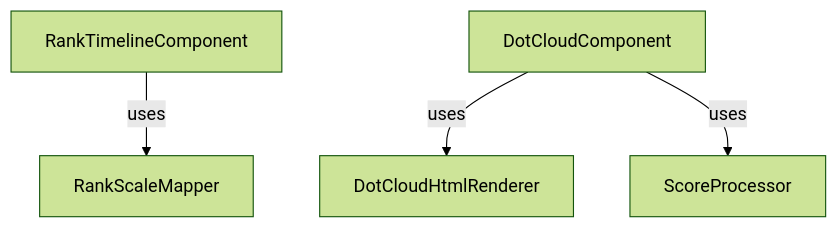
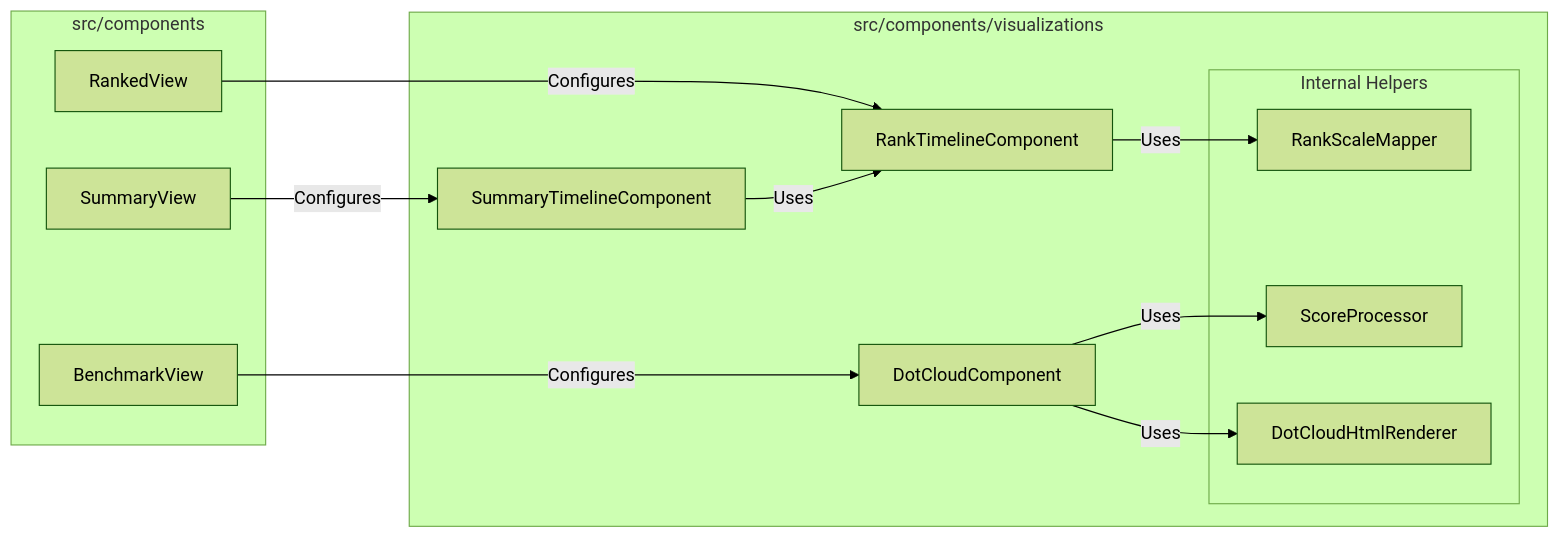
The diagram in src/components/visualizations/_docs.md (H1410101/raw_output), drawn with Mermaid (forest theme) before and after one commit. The commit also changed other lines of this file and 8 other files, not shown here.

````diff
--- a/src/components/visualizations/_docs.md
+++ b/src/components/visualizations/_docs.md
@@ -28,6 +5,29 @@
 ```mermaid
-graph TD
-    RankTimelineComponent -->|uses| RankScaleMapper
-    DotCloudComponent -->|uses| DotCloudHtmlRenderer
-    DotCloudComponent -->|uses| ScoreProcessor
+graph LR
+    subgraph "src/components"
+        RankedView
+        BenchmarkView
+        SummaryView
+    end
+
+    subgraph "src/components/visualizations"
+        RankTimelineComponent
+        SummaryTimelineComponent
+        DotCloudComponent
+        
+        subgraph "Internal Helpers"
+            RankScaleMapper
+            ScoreProcessor
+            DotCloudHtmlRenderer
+        end
+    end
+
+    RankedView -->|Configures| RankTimelineComponent
+    SummaryView -->|Configures| SummaryTimelineComponent
+    BenchmarkView -->|Configures| DotCloudComponent
+    
+    RankTimelineComponent -->|Uses| RankScaleMapper
+    SummaryTimelineComponent -->|Uses| RankTimelineComponent
+    DotCloudComponent -->|Uses| DotCloudHtmlRenderer
+    DotCloudComponent -->|Uses| ScoreProcessor
 ```
````
